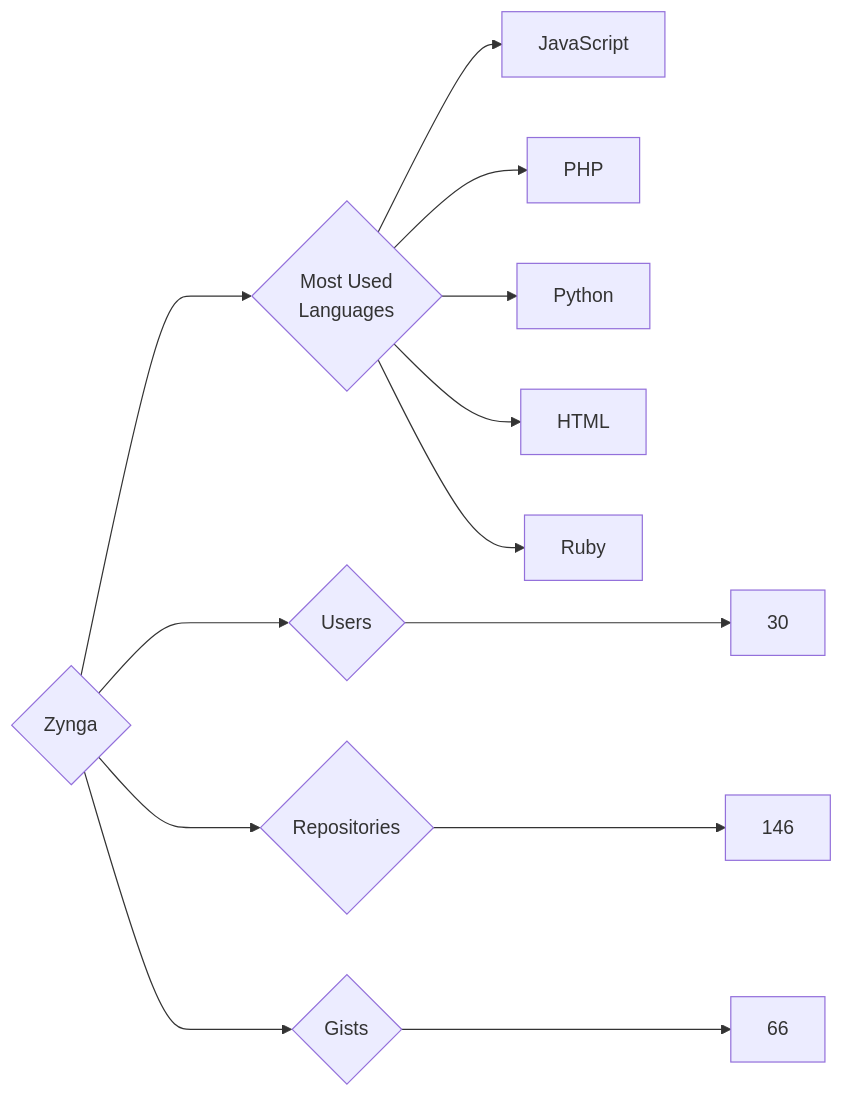
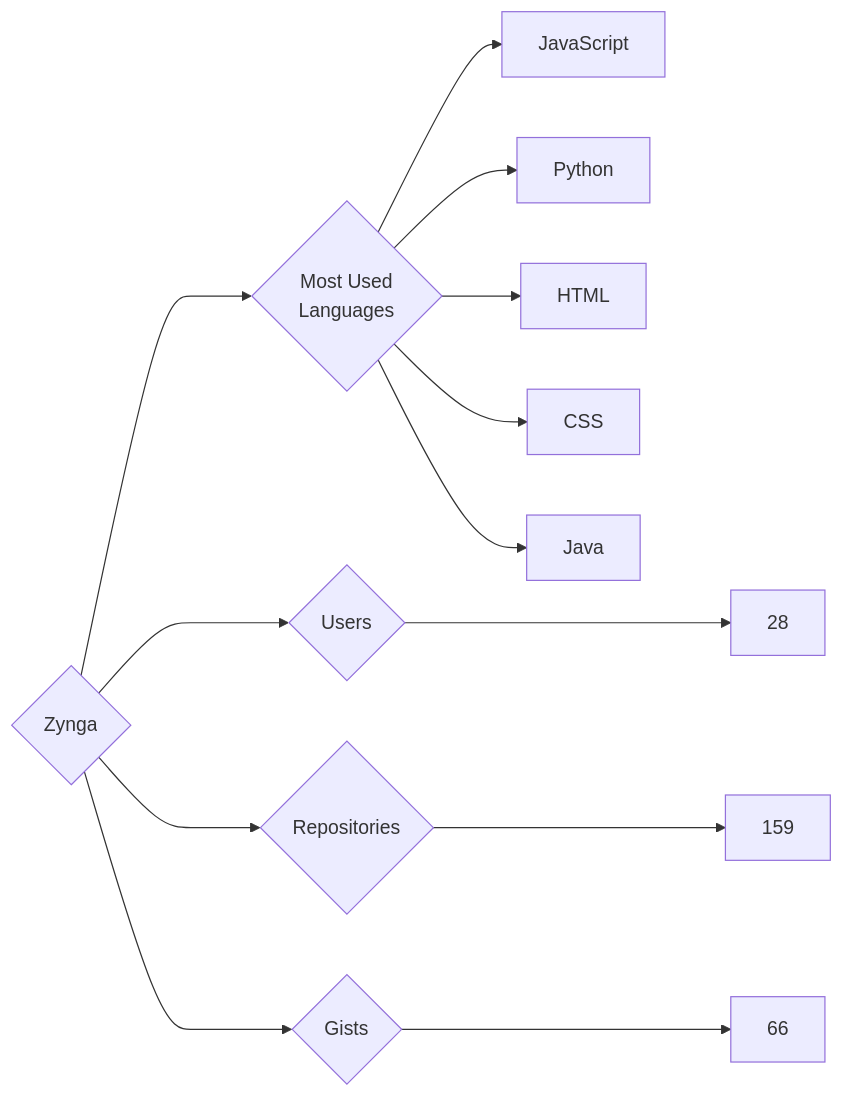
The diagram in targets/Zynga/README.md (trickest/insiders), drawn with Mermaid before and after one commit. The commit also changed 823 other files, not shown here.

````diff
--- a/targets/Zynga/README.md
+++ b/targets/Zynga/README.md
@@ -3,13 +3,13 @@
 ```mermaid
 graph LR
 COMPANY_NAME{Zynga}
-COMPANY_NAME ---> U{Users} ---> UN[30]
-COMPANY_NAME ---> R{Repositories} ---> RN[146]
+COMPANY_NAME ---> U{Users} ---> UN[28]
+COMPANY_NAME ---> R{Repositories} ---> RN[159]
 COMPANY_NAME ---> G{Gists} ---> GN[66]
 COMPANY_NAME ---> ML{Most Used<br>Languages}
 ML --> JavaScript[JavaScript]
-ML --> PHP[PHP]
 ML --> Python[Python]
 ML --> HTML[HTML]
-ML --> Ruby[Ruby]
+ML --> CSS[CSS]
+ML --> Java[Java]
 ```
````
